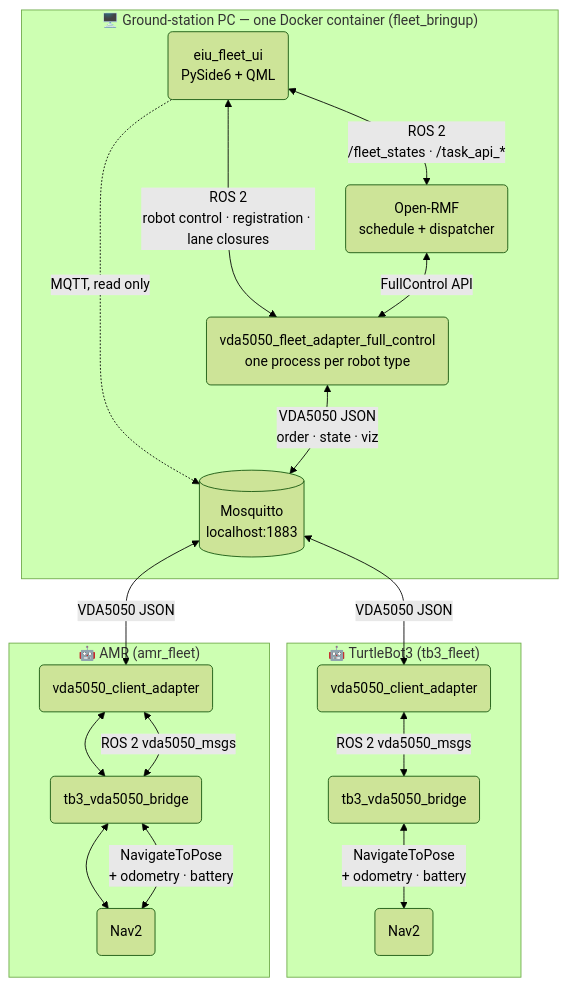
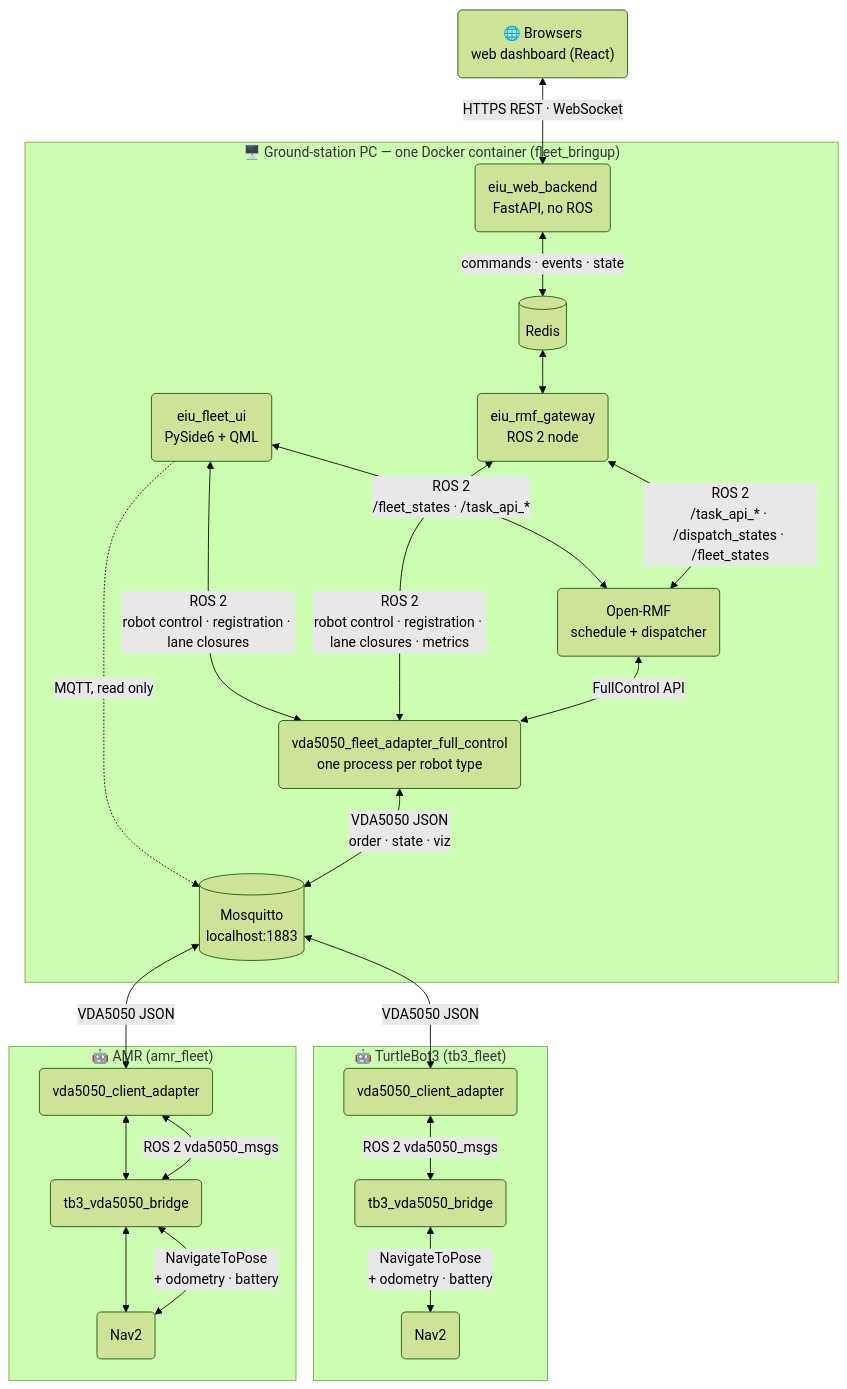
One commit to NhatTran-97/eiu-vda5050-support-open-rmf changed the diagram in README.md. Above: the diagram before and after it, drawn with Mermaid (forest theme). The commit also changed other lines of this file and 15 other files, not shown here.

````diff
--- a/README.md
+++ b/README.md
@@ -197,35 +199,45 @@
 ```mermaid
 flowchart TB
     subgraph pc ["🖥️  Ground-station PC — one Docker container (fleet_bringup)"]
         ui("eiu_fleet_ui\nPySide6 + QML")
+        gw("eiu_rmf_gateway\nROS 2 node")
+        redis[("Redis")]
+        web("eiu_web_backend\nFastAPI, no ROS")
         rmf("Open-RMF\nschedule + dispatcher")
         fa("vda5050_fleet_adapter_full_control\none process per robot type")
         broker[("Mosquitto\nlocalhost:1883")]
     end
+
+    browser("🌐  Browsers\nweb dashboard (React)")
 
     subgraph robot_tb3 ["🤖  TurtleBot3 (tb3_fleet)"]
         ca1("vda5050_client_adapter")
         br1("tb3_vda5050_bridge")
         nav2a("Nav2")
     end
 
     subgraph robot_amr ["🤖  AMR (amr_fleet)"]
         ca2("vda5050_client_adapter")
         br2("tb3_vda5050_bridge")
         nav2b("Nav2")
         ca2 <--> br2
         br2 <--> nav2b
     end
 
     ui   <-->|"ROS 2\n/fleet_states · /task_api_*"| rmf
     ui   <-->|"ROS 2\nrobot control · registration · lane closures"| fa
     ui   -.->|"MQTT, read only"| broker
+    browser <-->|"HTTPS REST · WebSocket"| web
+    web  <-->|"commands · events · state"| redis
+    redis <--> gw
+    gw   <-->|"ROS 2\n/task_api_* · /dispatch_states · /fleet_states"| rmf
+    gw   <-->|"ROS 2\nrobot control · registration · lane closures · metrics"| fa
     rmf  <-->|"FullControl API"| fa
     fa   <-->|"VDA5050 JSON\norder · state · viz"| broker
     broker <-->|"VDA5050 JSON"| ca1
     broker <-->|"VDA5050 JSON"| ca2
     ca1  <-->|"ROS 2 vda5050_msgs"| br1
     br1  <-->|"NavigateToPose\n+ odometry · battery"| nav2a
     ca2  <-->|"ROS 2 vda5050_msgs"| br2
     br2  <-->|"NavigateToPose\n+ odometry · battery"| nav2b
 ```
````
